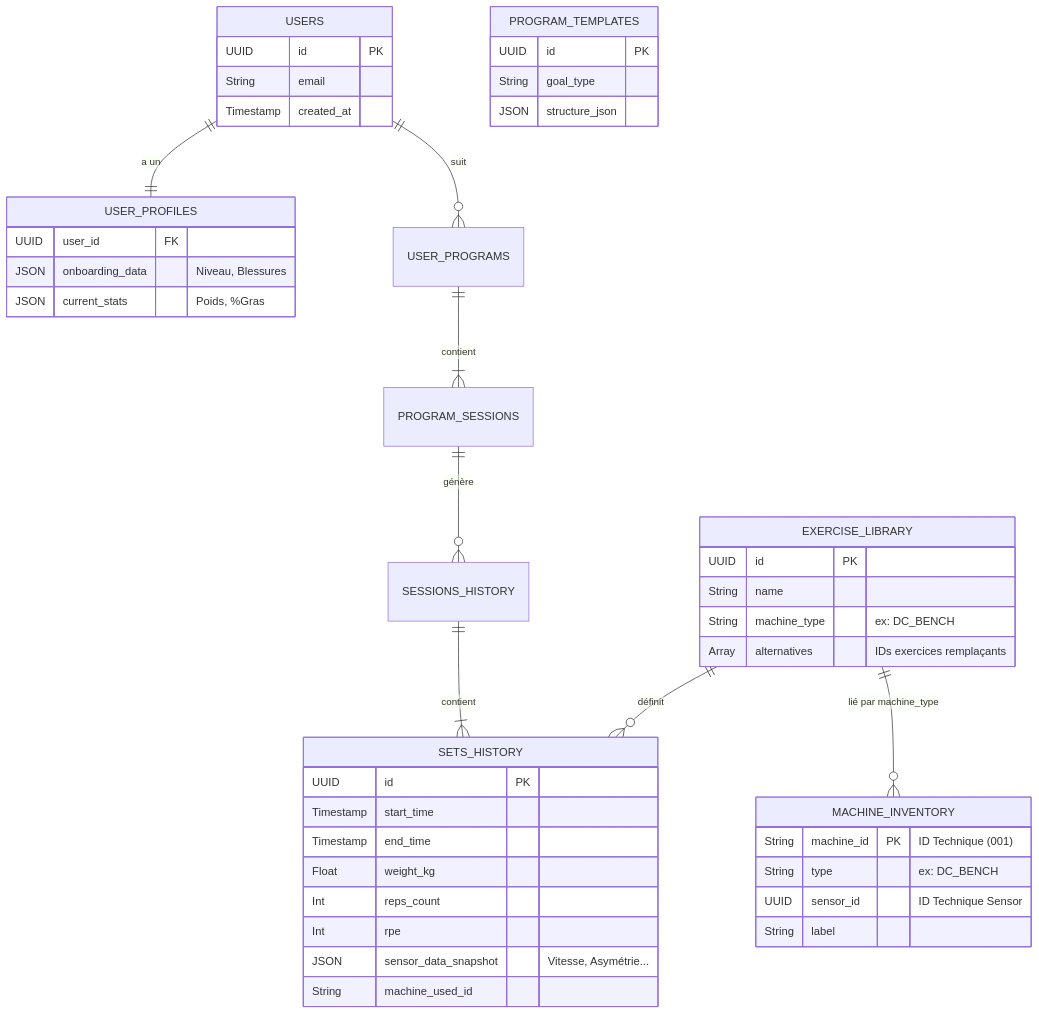
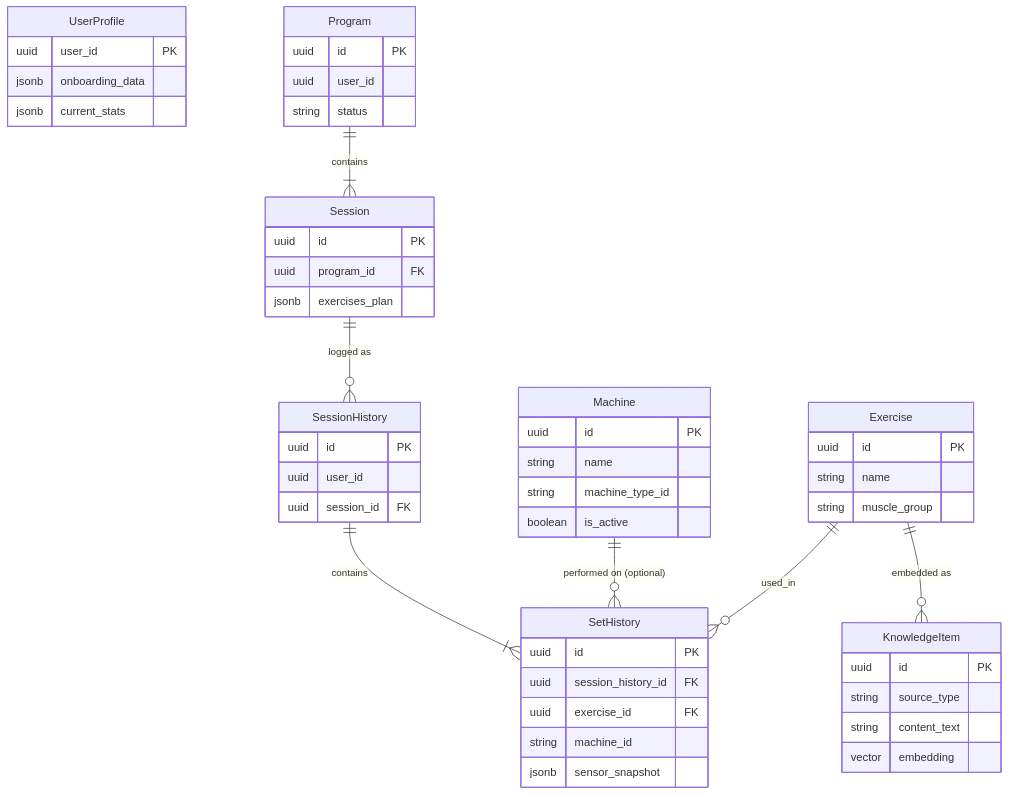
The second of 2 diagrams in README.md (lucasbarrez/fit-buddy-backend), drawn with Mermaid before and after one commit. The commit also changed other lines of this file, not shown here.

````diff
--- a/README.md
+++ b/README.md
@@ -51,58 +96,54 @@
 ```mermaid
 erDiagram
-    USERS ||--|| USER_PROFILES : "a un"
-    USERS ||--o{ USER_PROGRAMS : "suit"
-    USER_PROGRAMS ||--|{ PROGRAM_SESSIONS : "contient"
+    UserProfile {
+        uuid user_id PK
+        jsonb onboarding_data
+        jsonb current_stats
+    }
+    Program {
+        uuid id PK
+        uuid user_id
+        string status
+    }
+    Session {
+        uuid id PK
+        uuid program_id FK
+        jsonb exercises_plan
+    }
+    SessionHistory {
+        uuid id PK
+        uuid user_id
+        uuid session_id FK
+    }
+    SetHistory {
+        uuid id PK
+        uuid session_history_id FK
+        uuid exercise_id FK
+        string machine_id
+        jsonb sensor_snapshot
+    }
+    KnowledgeItem {
+        uuid id PK
+        string source_type
+        string content_text
+        vector embedding
+    }
+    Machine {
+        uuid id PK
+        string name
+        string machine_type_id
+        boolean is_active
+    }
+    Exercise {
+        uuid id PK
+        string name
+        string muscle_group
+    }
     
-    PROGRAM_SESSIONS ||--o{ SESSIONS_HISTORY : "génère"
-    SESSIONS_HISTORY ||--|{ SETS_HISTORY : "contient"
-    
-    %% Référentiel
-    EXERCISE_LIBRARY ||--o{ MACHINE_INVENTORY : "lié par machine_type"
-    EXERCISE_LIBRARY ||--o{ SETS_HISTORY : "définit"
-    
-    %% Tables Détails
-    USERS {
-        UUID id PK
-        String email
-        Timestamp created_at
-    }
-
-    USER_PROFILES {
-        UUID user_id FK
-        JSON onboarding_data "Niveau, Blessures"
-        JSON current_stats "Poids, %Gras"
-    }
-
-    PROGRAM_TEMPLATES {
-        UUID id PK
-        String goal_type
-        JSON structure_json
-    }
-
-    EXERCISE_LIBRARY {
-        UUID id PK
-        String name
-        String machine_type "ex: DC_BENCH"
-        Array alternatives "IDs exercices remplaçants"
-    }
-
-    MACHINE_INVENTORY {
-        String machine_id PK "ID Technique (001)"
-        String type "ex: DC_BENCH"
-        UUID sensor_id "ID Technique Sensor"
-        String label
-    }
-
-    SETS_HISTORY {
-        UUID id PK
-        Timestamp start_time
-        Timestamp end_time
-        Float weight_kg
-        Int reps_count
-        Int rpe
-        JSON sensor_data_snapshot "Vitesse, Asymétrie..."
-        String machine_used_id
-    }
-
+    Program ||--|{ Session : contains
+    Session ||--o{ SessionHistory : "logged as"
+    SessionHistory ||--|{ SetHistory : contains
+    Exercise ||--o{ SetHistory : used_in
+    Exercise ||--o{ KnowledgeItem : "embedded as"
+    Machine ||--o{ SetHistory : "performed on (optional)"
 ```
````
